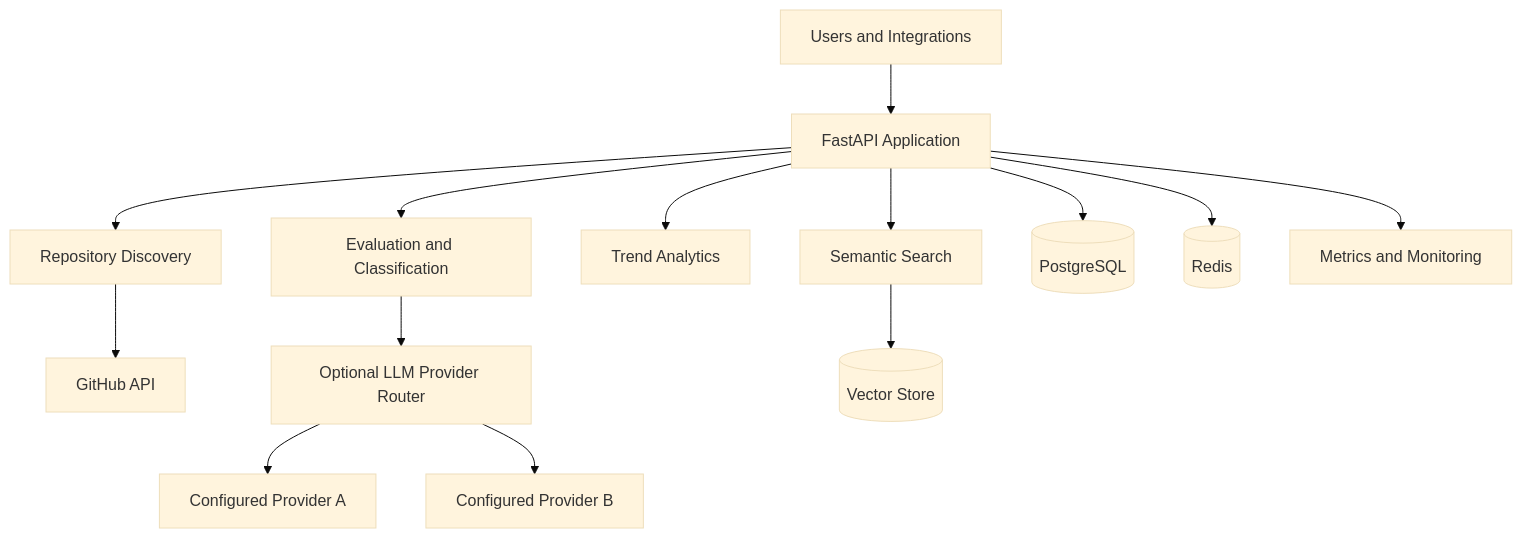
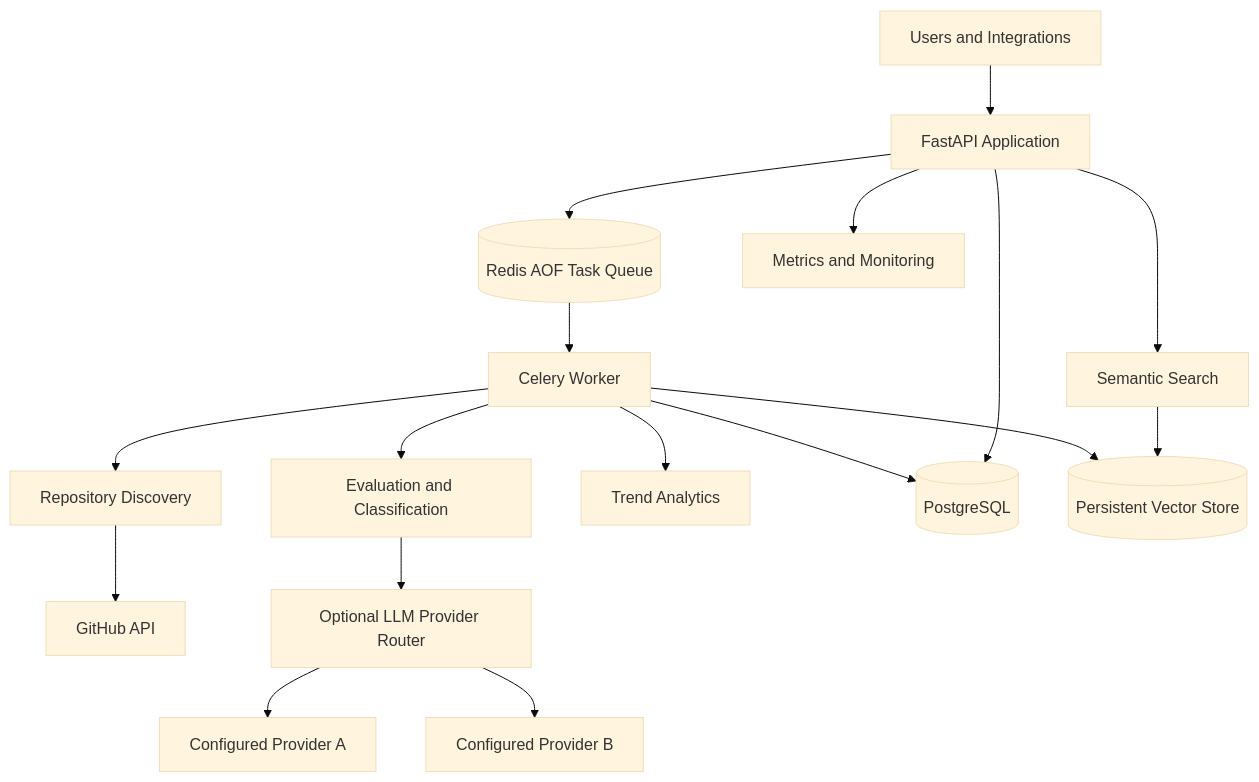
The diagram in README.md (zopair/Sovereign-AI-Arsenal), drawn with Mermaid (base theme) before and after one commit. The commit also changed other lines of this file and 9 other files, not shown here.

First line of the commit message:
feat: add durable Celery repository worker

````diff
--- a/README.md
+++ b/README.md
@@ -32,16 +33,19 @@
 ```mermaid
 flowchart TB
     Client[Users and Integrations] --> API[FastAPI Application]
-    API --> Discovery[Repository Discovery]
-    API --> Analysis[Evaluation and Classification]
-    API --> Trends[Trend Analytics]
-    API --> Search[Semantic Search]
+    API --> Queue[(Redis AOF Task Queue)]
+    Queue --> Worker[Celery Worker]
+    Worker --> Discovery[Repository Discovery]
+    Worker --> Analysis[Evaluation and Classification]
+    Worker --> Trends[Trend Analytics]
     Discovery --> GitHub[GitHub API]
     Analysis --> Router[Optional LLM Provider Router]
     Router --> P1[Configured Provider A]
     Router --> P2[Configured Provider B]
-    API --> DB[(PostgreSQL)]
-    API --> Cache[(Redis)]
-    Search --> Vector[(Vector Store)]
+    Worker --> DB[(PostgreSQL)]
+    Worker --> Vector[(Persistent Vector Store)]
+    API --> DB
+    API --> Search[Semantic Search]
+    Search --> Vector
     API --> Metrics[Metrics and Monitoring]
 ```
````
